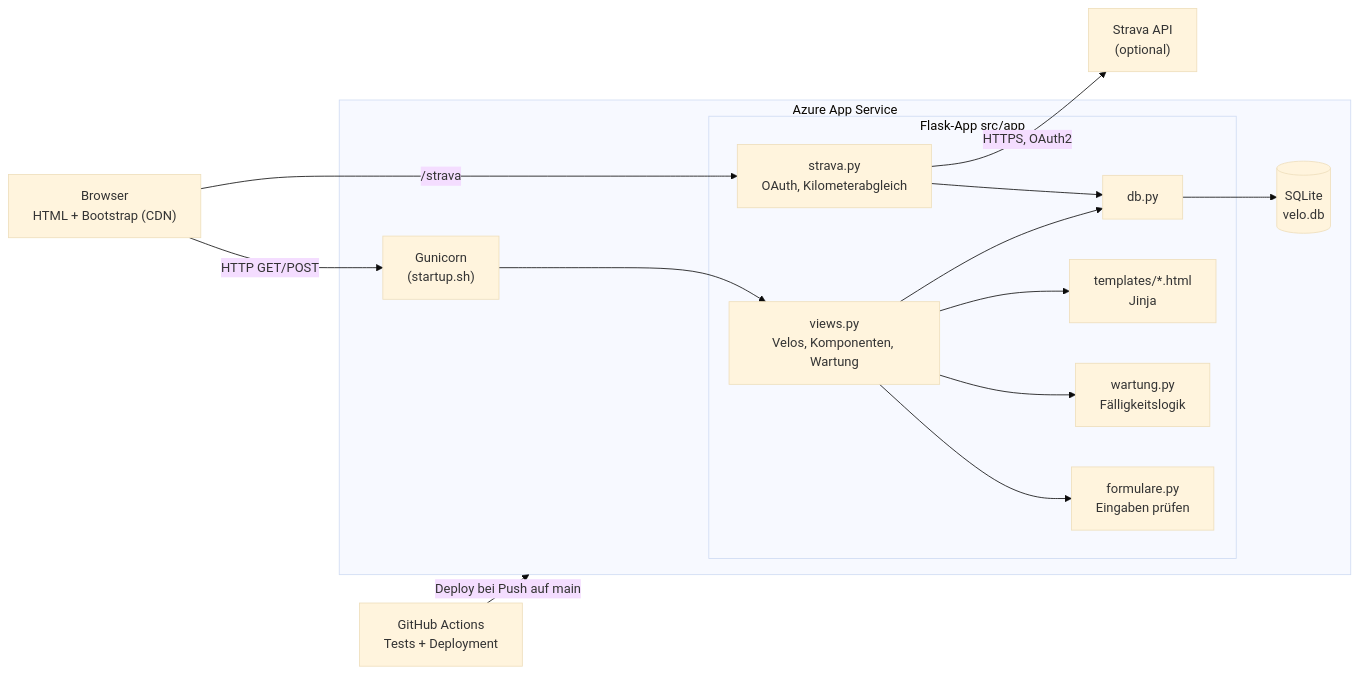
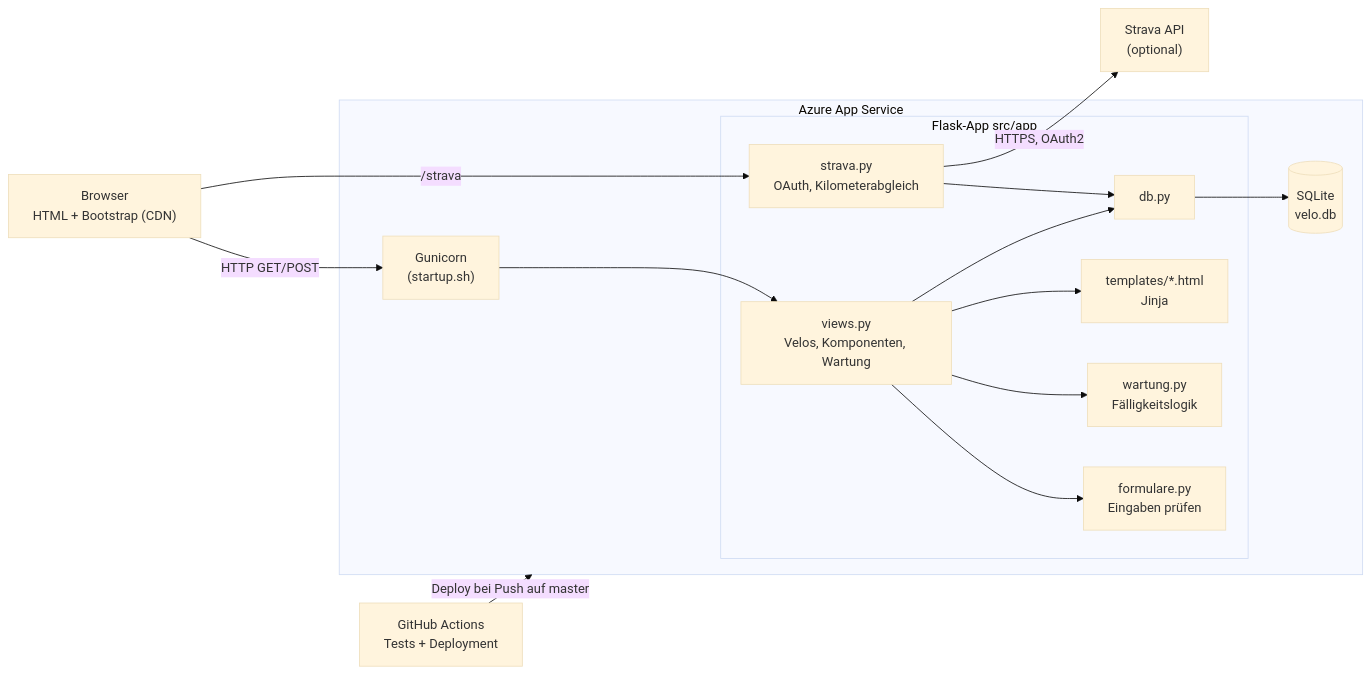
One commit to GNUEK/py_webapp_bern changed the first of 3 diagrams in docs/architektur.md. Above: the diagram before and after it, drawn with Mermaid (base theme). The commit also changed 3 other files, not shown here.

Commit message:
main zu master

````diff
--- a/docs/architektur.md
+++ b/docs/architektur.md
@@ -5,31 +5,31 @@
 ```mermaid
 flowchart LR
     Browser["Browser<br/>HTML + Bootstrap (CDN)"]
 
     subgraph Azure["Azure App Service"]
         Gunicorn["Gunicorn<br/>(startup.sh)"]
         subgraph Flask["Flask-App src/app"]
             Views["views.py<br/>Velos, Komponenten, Wartung"]
             StravaMod["strava.py<br/>OAuth, Kilometerabgleich"]
             Formulare["formulare.py<br/>Eingaben prüfen"]
             Wartung["wartung.py<br/>Fälligkeitslogik"]
             Templates["templates/*.html<br/>Jinja"]
             DB["db.py"]
         end
         SQLite[("SQLite<br/>velo.db")]
     end
 
     Strava["Strava API<br/>(optional)"]
     GitHub["GitHub Actions<br/>Tests + Deployment"]
 
     Browser -- "HTTP GET/POST" --> Gunicorn --> Views
     Browser -- "/strava" --> StravaMod
     Views --> Formulare
     Views --> Wartung
     Views --> Templates
     Views --> DB
     StravaMod --> DB
     StravaMod -- "HTTPS, OAuth2" --> Strava
     DB --> SQLite
-    GitHub -- "Deploy bei Push auf main" --> Azure
+    GitHub -- "Deploy bei Push auf master" --> Azure
 ```
````
